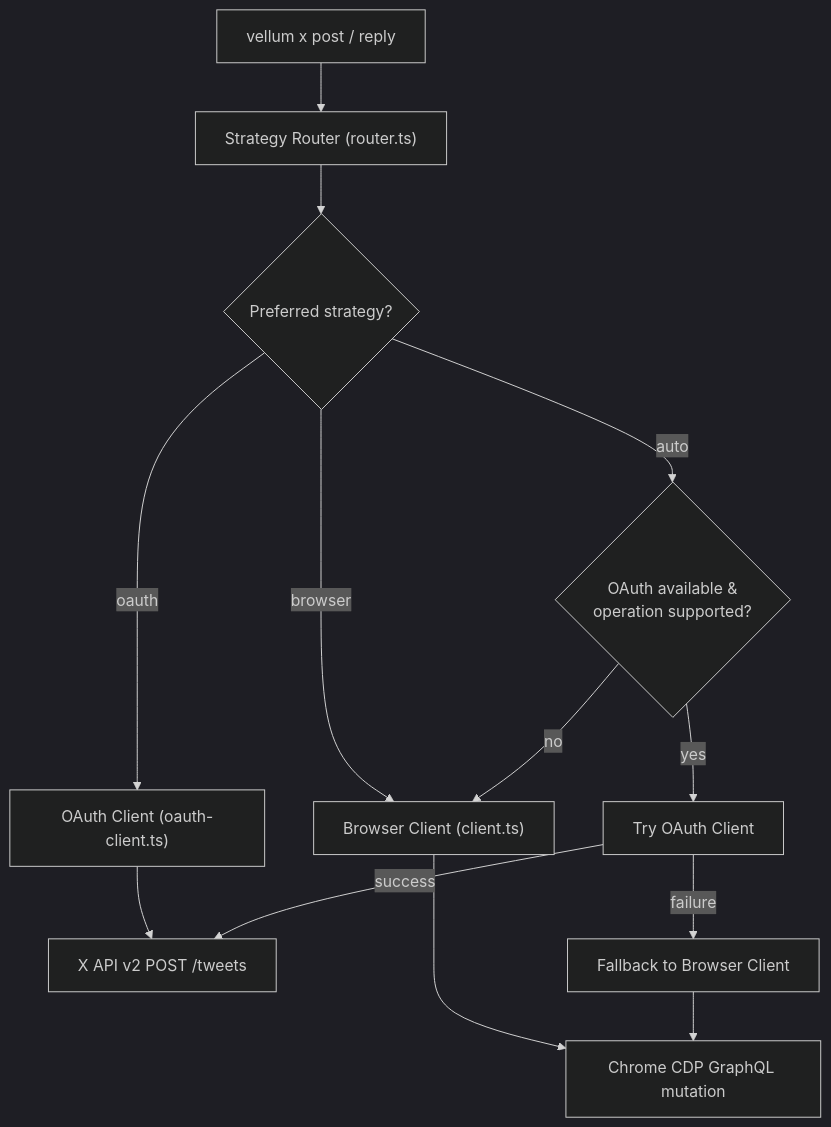
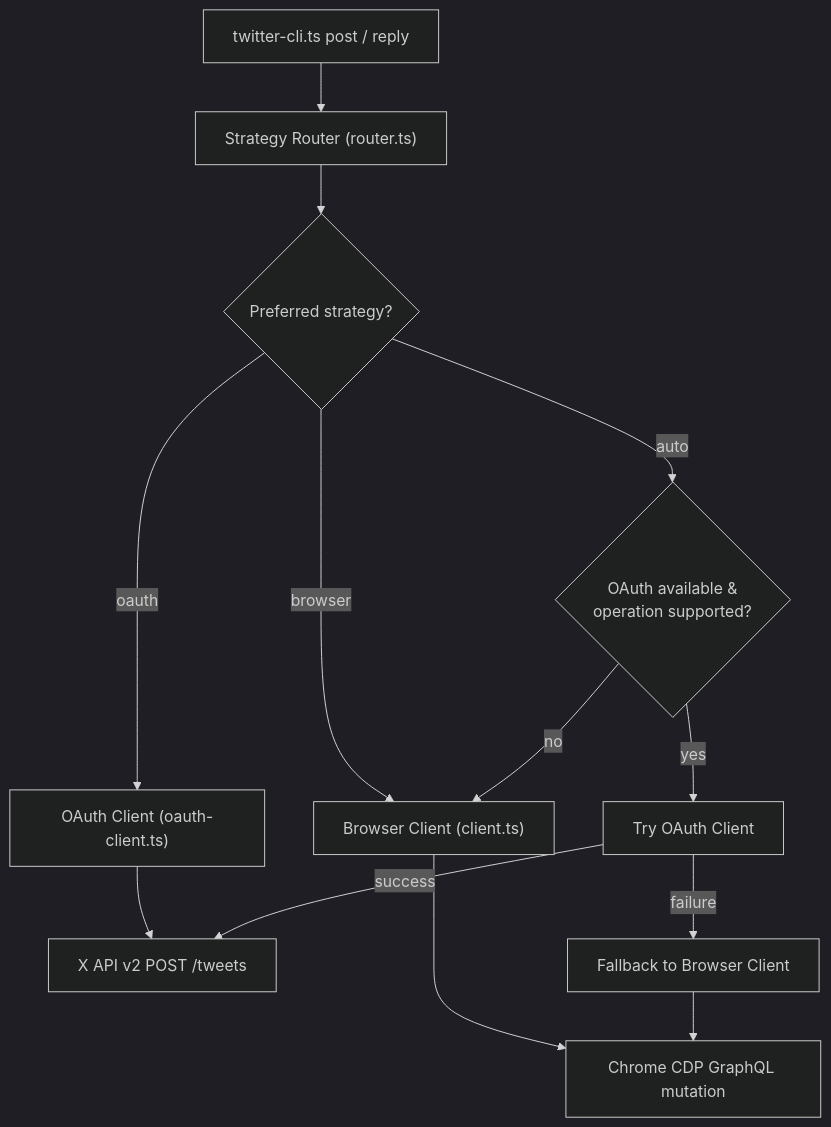
One commit to vellum-ai/vellum-assistant changed the fourth of 10 diagrams in assistant/docs/architecture/integrations.md. Above: the diagram before and after it, drawn with Mermaid (dark theme). The commit also changed other lines of this file and 2 other files, not shown here.

First line of the commit message:
fix: remove remaining vellum x references from docs

````diff
--- a/assistant/docs/architecture/integrations.md
+++ b/assistant/docs/architecture/integrations.md
@@ -195,18 +195,18 @@
 ```mermaid
 flowchart TD
-    CLI["vellum x post / reply"] --> Router["Strategy Router (router.ts)"]
+    CLI["twitter-cli.ts post / reply"] --> Router["Strategy Router (router.ts)"]
     Router --> StratCheck{Preferred strategy?}
 
     StratCheck -->|oauth| OAuthOnly["OAuth Client (oauth-client.ts)"]
     OAuthOnly --> XAPI["X API v2 POST /tweets"]
 
     StratCheck -->|browser| BrowserOnly["Browser Client (client.ts)"]
     BrowserOnly --> CDP["Chrome CDP GraphQL mutation"]
 
     StratCheck -->|auto| AutoCheck{"OAuth available &\noperation supported?"}
     AutoCheck -->|yes| TryOAuth["Try OAuth Client"]
     TryOAuth -->|success| XAPI
     TryOAuth -->|failure| Fallback["Fallback to Browser Client"]
     Fallback --> CDP
     AutoCheck -->|no| BrowserOnly
 ```
````
